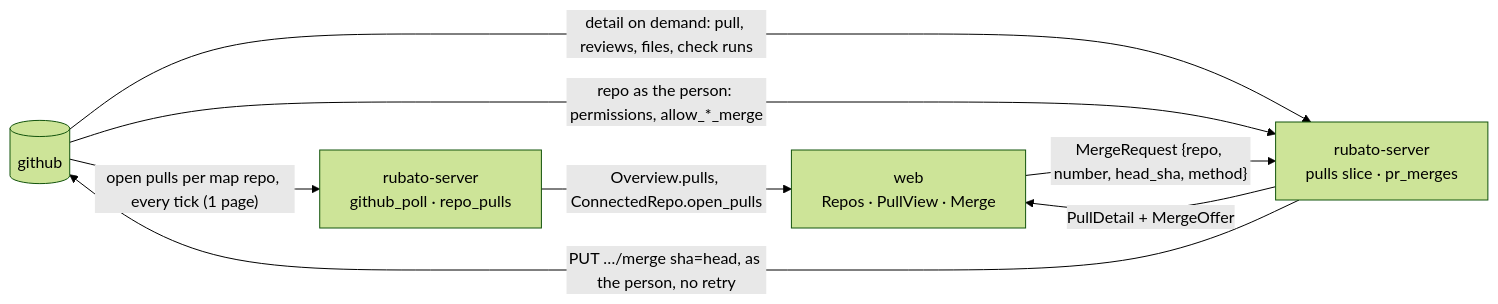
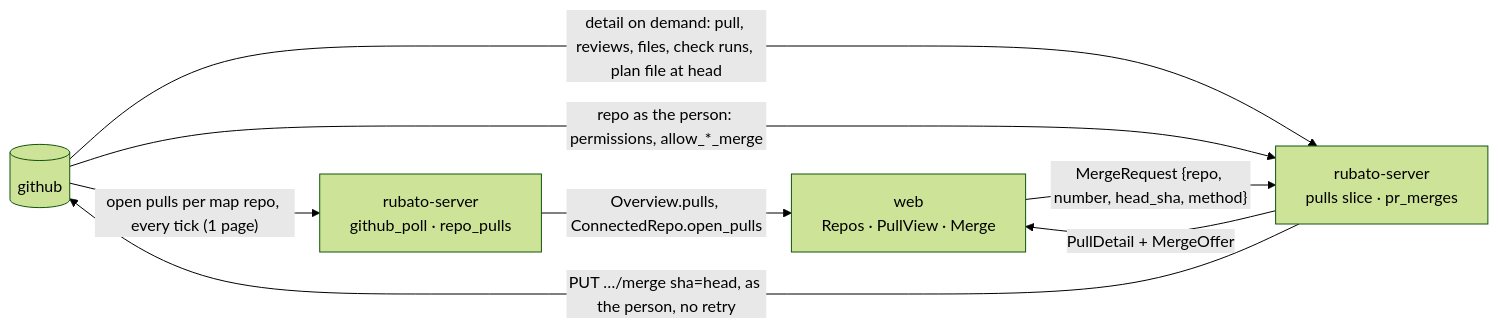
Before and after one commit to m0x6A/rubato: the diagram in docs/plans/82-pulls-in-rubato/design.md, drawn with Mermaid (forest theme). The commit also changed other lines of this file and 3 other files, not shown here.

````diff
--- a/docs/plans/82-pulls-in-rubato/design.md
+++ b/docs/plans/82-pulls-in-rubato/design.md
@@ -8,10 +12,10 @@
 ```mermaid
 flowchart LR
   gh[(github)] -->|"open pulls per map repo, every tick (1 page)"| poll[rubato-server<br/>github_poll · repo_pulls]
-  gh -->|"detail on demand: pull, reviews, files, check runs"| pulls[rubato-server<br/>pulls slice · pr_merges]
+  gh -->|"detail on demand: pull, reviews, files, check runs, plan file at head"| pulls[rubato-server<br/>pulls slice · pr_merges]
   gh -->|"repo as the person: permissions, allow_*_merge"| pulls
   poll -->|"Overview.pulls, ConnectedRepo.open_pulls"| web[web<br/>Repos · PullView · Merge]
   pulls -->|PullDetail + MergeOffer| web
   web -->|"MergeRequest {repo, number, head_sha, method}"| pulls
   pulls -->|"PUT …/merge sha=head, as the person, no retry"| gh
 ```
````
